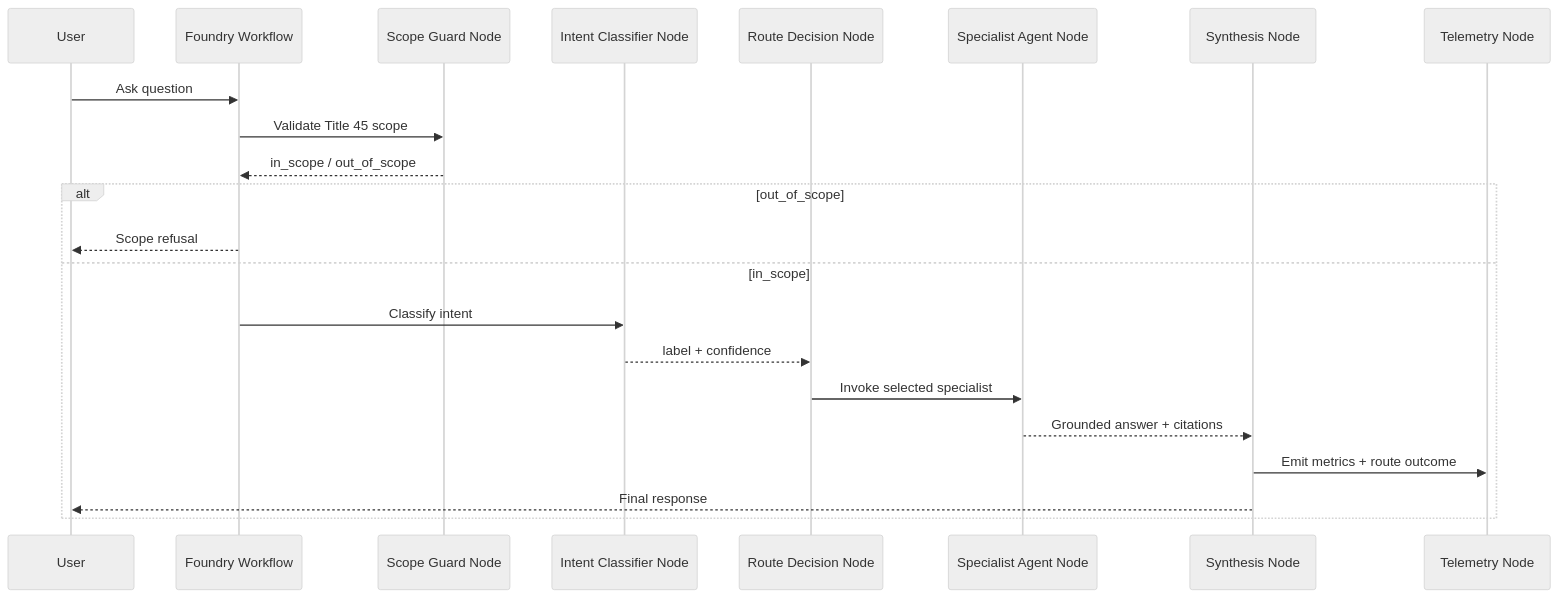
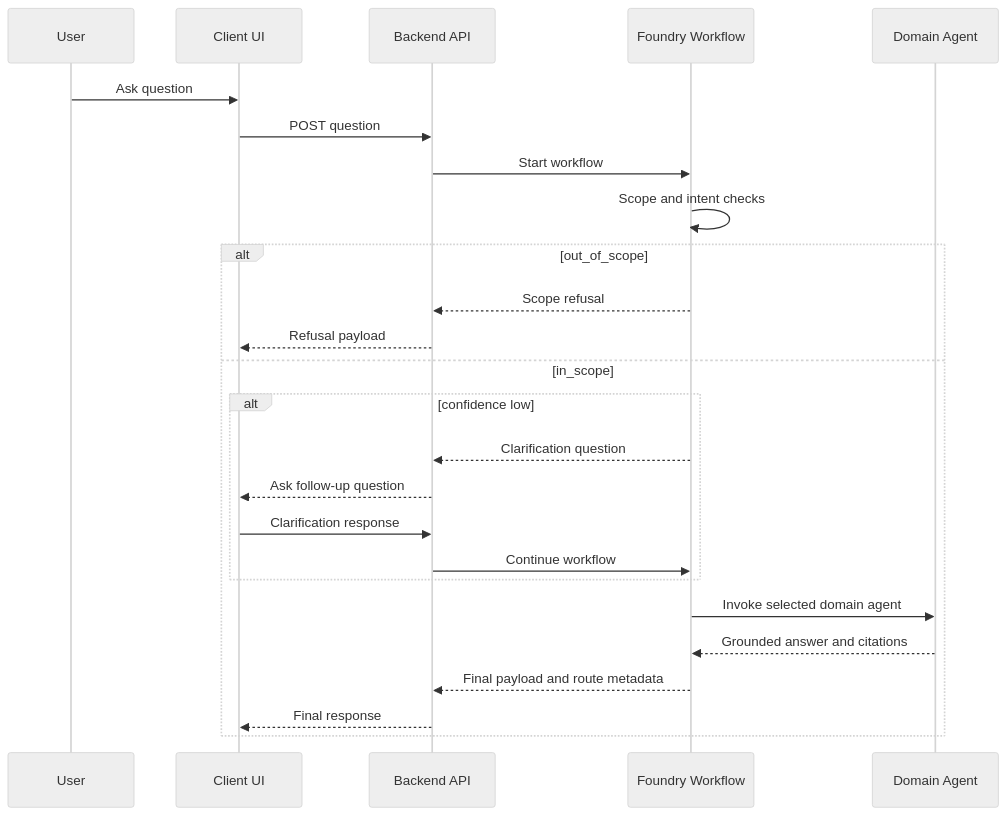
One commit to ricardo-msft-SE/policybot1 changed the third of 6 diagrams in docs/workflow-architecture-alternative.md. Above: the diagram before and after it, drawn with Mermaid (neutral theme). The commit also changed other lines of this file and 4 other files, not shown here.

Commit message:
docs: adopt backend-api workflow architecture and clarification routing

````diff
--- a/docs/workflow-architecture-alternative.md
+++ b/docs/workflow-architecture-alternative.md
@@ -105,26 +101,29 @@
 ```mermaid
 sequenceDiagram
     participant User
+    participant UI as Client UI
+    participant API as Backend API
     participant WF as Foundry Workflow
-    participant Guard as Scope Guard Node
-    participant Clf as Intent Classifier Node
-    participant Router as Route Decision Node
-    participant Spec as Specialist Agent Node
-    participant Synth as Synthesis Node
-    participant Obs as Telemetry Node
+    participant Agent as Domain Agent
 
-    User->>WF: Ask question
-    WF->>Guard: Validate Title 45 scope
-    Guard-->>WF: in_scope / out_of_scope
+    User->>UI: Ask question
+    UI->>API: POST question
+    API->>WF: Start workflow
+    WF->>WF: Scope and intent checks
 
     alt out_of_scope
-      WF-->>User: Scope refusal
+      WF-->>API: Scope refusal
+      API-->>UI: Refusal payload
     else in_scope
-      WF->>Clf: Classify intent
-      Clf-->>Router: label + confidence
-      Router->>Spec: Invoke selected specialist
-      Spec-->>Synth: Grounded answer + citations
-      Synth->>Obs: Emit metrics + route outcome
-      Synth-->>User: Final response
+      alt confidence low
+        WF-->>API: Clarification question
+        API-->>UI: Ask follow-up question
+        UI->>API: Clarification response
+        API->>WF: Continue workflow
+      end
+      WF->>Agent: Invoke selected domain agent
+      Agent-->>WF: Grounded answer and citations
+      WF-->>API: Final payload and route metadata
+      API-->>UI: Final response
     end
 ```
````
